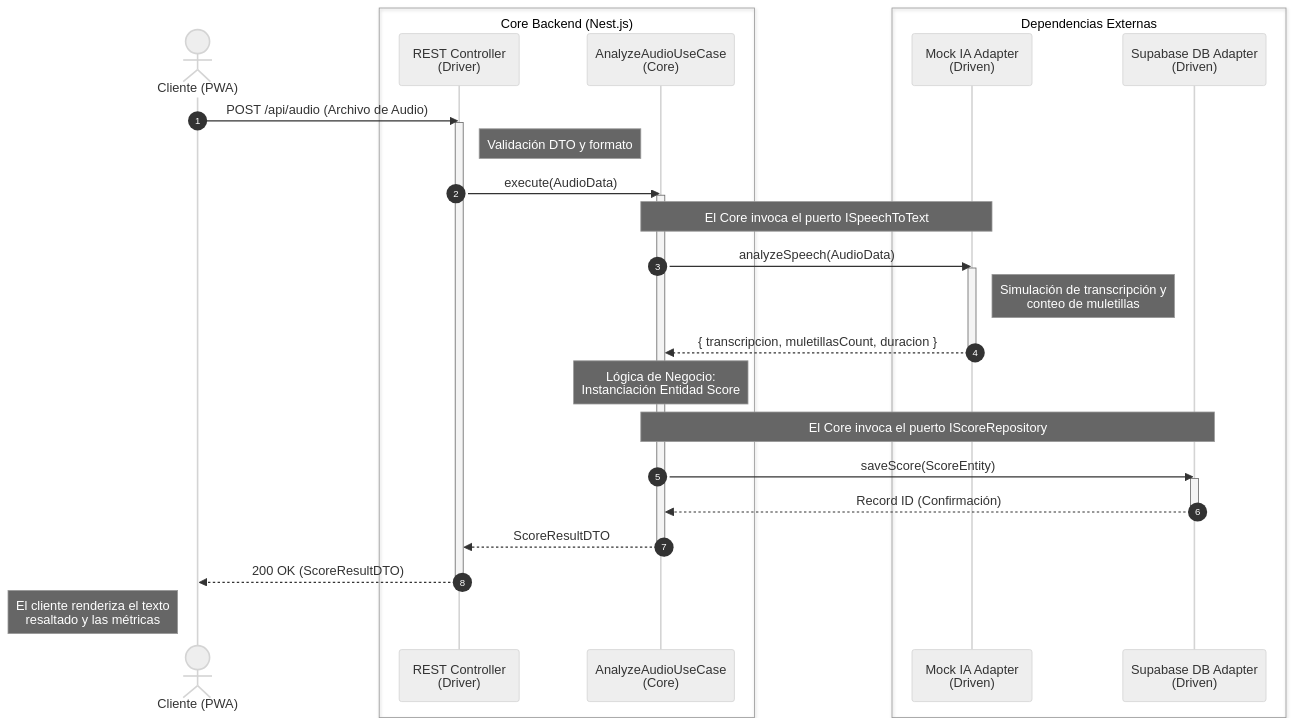
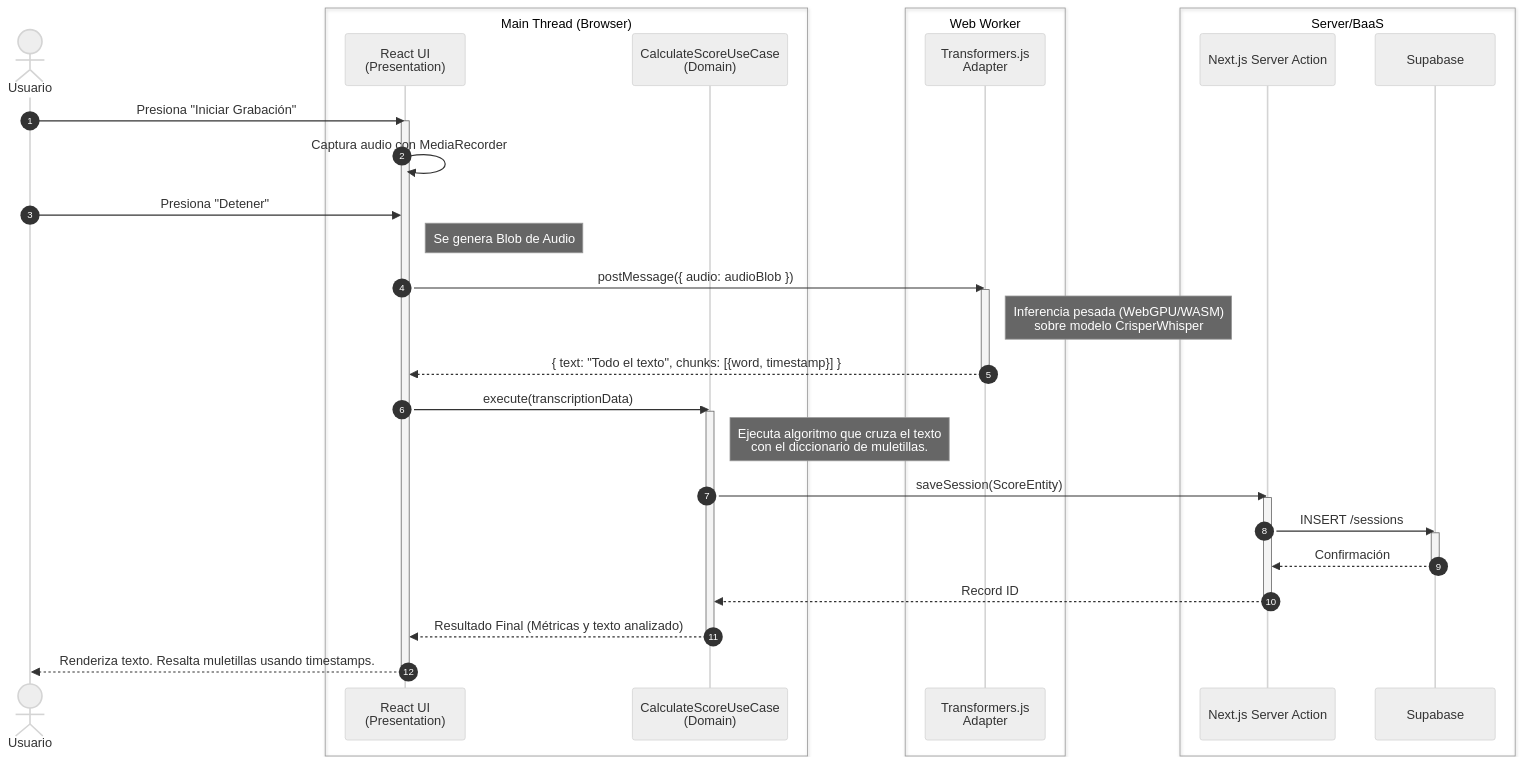
One commit to VGMil-dev/cicero changed the diagram in docs/docs/arquitectura/secuencia.md. Above: the diagram before and after it, drawn with Mermaid (neutral theme). The commit also changed other lines of this file and 5 other files, not shown here.

First line of the commit message:
docs: pivotar arquitectura a PWA con Transformers.js y Supabase BaaS

````diff
--- a/docs/docs/arquitectura/secuencia.md
+++ b/docs/docs/arquitectura/secuencia.md
@@ -9,47 +9,56 @@
 ```mermaid
 sequenceDiagram
     autonumber
     
-    actor Client as Cliente (PWA)
+    actor User as Usuario
     
-    box Core Backend (Nest.js)
-        participant Ctrl as REST Controller<br/>(Driver)
-        participant UC as AnalyzeAudioUseCase<br/>(Core)
+    box Main Thread (Browser)
+        participant UI as React UI<br/>(Presentation)
+        participant UC as CalculateScoreUseCase<br/>(Domain)
     end
     
-    box Dependencias Externas
-        participant IA as Mock IA Adapter<br/>(Driven)
-        participant DB as Supabase DB Adapter<br/>(Driven)
+    box Web Worker
+        participant Worker as Transformers.js<br/>Adapter
+    end
+    
+    box Server/BaaS
+        participant Action as Next.js Server Action
+        participant DB as Supabase
     end
 
-    Client->>Ctrl: POST /api/audio (Archivo de Audio)
-    activate Ctrl
+    User->>UI: Presiona "Iniciar Grabación"
+    activate UI
+    UI->>UI: Captura audio con MediaRecorder
     
-    Note right of Ctrl: Validación DTO y formato
-    Ctrl->>UC: execute(AudioData)
+    User->>UI: Presiona "Detener"
+    Note right of UI: Se genera Blob de Audio
+    
+    UI->>Worker: postMessage({ audio: audioBlob })
+    activate Worker
+    Note right of Worker: Inferencia pesada (WebGPU/WASM)<br/>sobre modelo CrisperWhisper
+    
+    Worker-->>UI: { text: "Todo el texto", chunks: [{word, timestamp}] }
+    deactivate Worker
+    
+    UI->>UC: execute(transcriptionData)
     activate UC
     
-    Note over UC, IA: El Core invoca el puerto ISpeechToText
-    UC->>IA: analyzeSpeech(AudioData)
-    activate IA
+    Note right of UC: Ejecuta algoritmo que cruza el texto<br/>con el diccionario de muletillas.
     
-    Note right of IA: Simulación de transcripción y<br/>conteo de muletillas
-    IA-->>UC: { transcripcion, muletillasCount, duracion }
-    deactivate IA
+    UC->>Action: saveSession(ScoreEntity)
+    activate Action
     
-    Note over UC: Lógica de Negocio:<br/>Instanciación Entidad Score
-    
-    Note over UC, DB: El Core invoca el puerto IScoreRepository
-    UC->>DB: saveScore(ScoreEntity)
+    Action->>DB: INSERT /sessions
     activate DB
-    DB-->>UC: Record ID (Confirmación)
+    DB-->>Action: Confirmación
     deactivate DB
     
-    UC-->>Ctrl: ScoreResultDTO
+    Action-->>UC: Record ID
+    deactivate Action
+    
+    UC-->>UI: Resultado Final (Métricas y texto analizado)
     deactivate UC
     
-    Ctrl-->>Client: 200 OK (ScoreResultDTO)
-    deactivate Ctrl
-    
-    Note left of Client: El cliente renderiza el texto<br/>resaltado y las métricas
+    UI-->>User: Renderiza texto. Resalta muletillas usando timestamps.
+    deactivate UI
 ```
````
